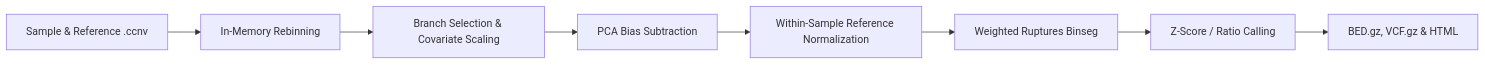
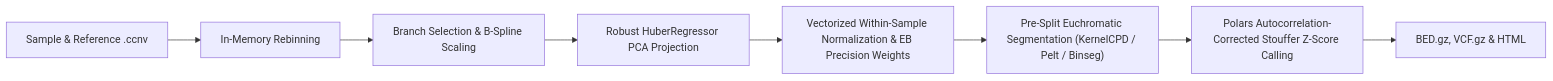
One commit to matthdsm/ccnv changed the third of 3 diagrams in docs/cli.md. Above: the diagram before and after it, drawn with Mermaid. The commit also changed other lines of this file and 9 other files, not shown here.

````diff
--- a/docs/cli.md
+++ b/docs/cli.md
@@ -137,10 +137,10 @@
 ```mermaid
 flowchart LR
     A["Sample & Reference .ccnv"] --> B["In-Memory Rebinning"]
-    B --> C["Branch Selection & Covariate Scaling"]
-    C --> D["PCA Bias Subtraction"]
-    D --> E["Within-Sample Reference Normalization"]
-    E --> F["Weighted Ruptures Binseg"]
-    F --> G["Z-Score / Ratio Calling"]
+    B --> C["Branch Selection & B-Spline Scaling"]
+    C --> D["Robust HuberRegressor PCA Projection"]
+    D --> E["Vectorized Within-Sample Normalization & EB Precision Weights"]
+    E --> F["Pre-Split Euchromatic Segmentation (KernelCPD / Pelt / Binseg)"]
+    F --> G["Polars Autocorrelation-Corrected Stouffer Z-Score Calling"]
     G --> H["BED.gz, VCF.gz & HTML"]
 ```
````
